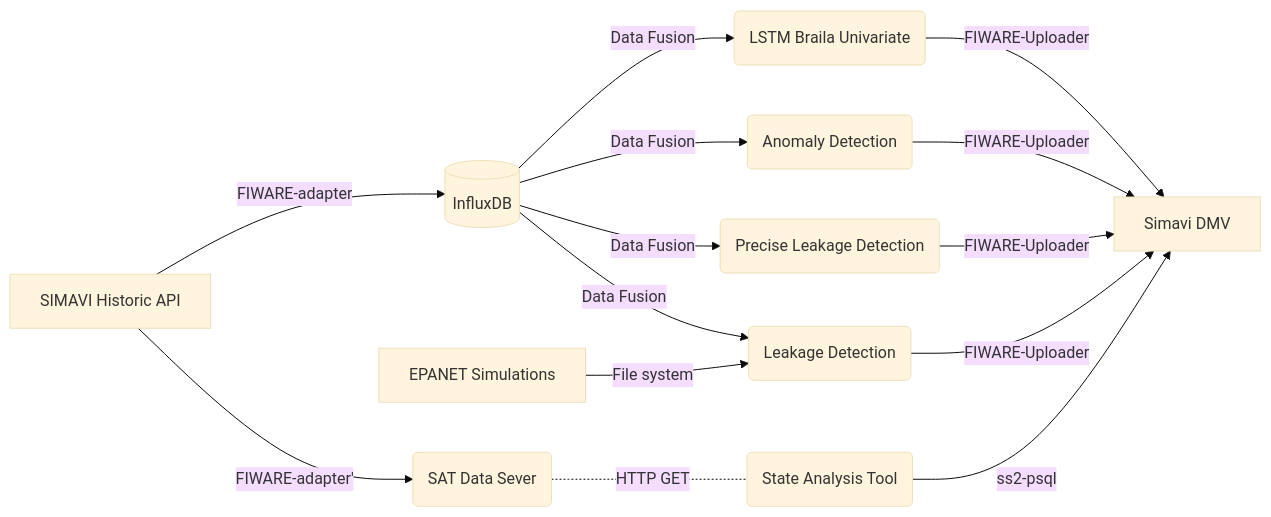
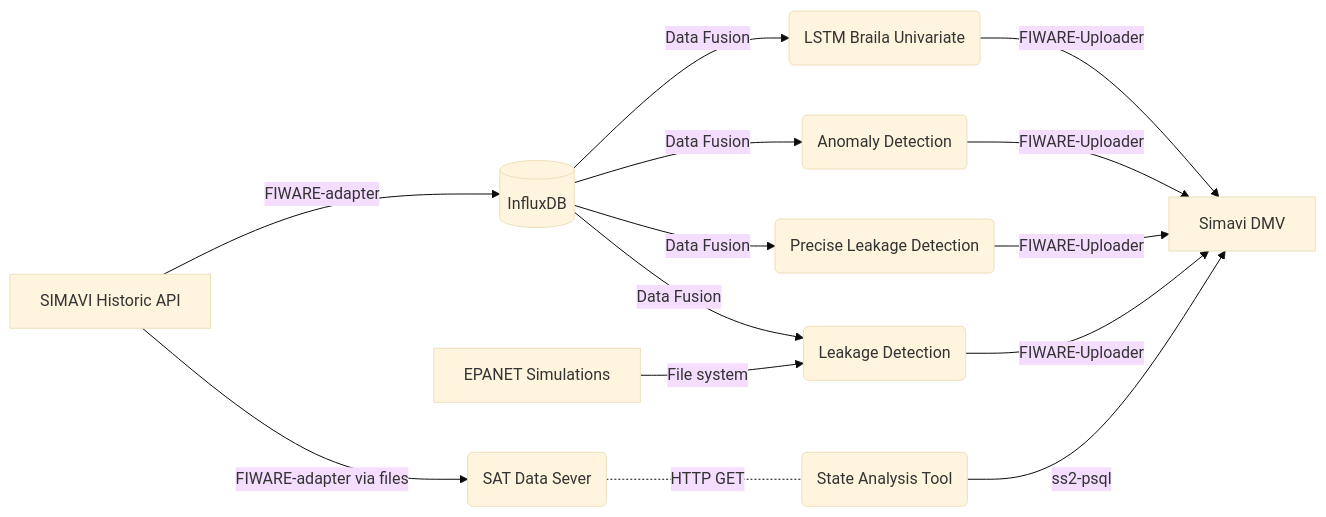
The third of 3 diagrams in README.md (naiades-jsi/documentation), drawn with Mermaid (base theme) before and after one commit. The commit also changed other lines of this file, not shown here.

````diff
--- a/README.md
+++ b/README.md
@@ -164,16 +222,16 @@
 ```mermaid
 graph LR
     A[SIMAVI Historic API] --> |FIWARE-adapter| B[(InfluxDB)]
     G[EPANET Simulations] --> |File system| E
     B --> |Data Fusion| C(LSTM Braila Univariate)
     B --> |Data Fusion| D(Anomaly Detection)
     B --> |Data Fusion| F(Precise Leakage Detection)
     B --> |Data Fusion| E(Leakage Detection)
-    A --> |FIWARE-adapter'| H1(SAT Data Sever)
+    A --> |FIWARE-adapter via files| H1(SAT Data Sever)
     H1 -.- |HTTP GET| H(State Analysis Tool)
     C --> |FIWARE-Uploader| X[Simavi DMV]
     D --> |FIWARE-Uploader| X
     E --> |FIWARE-Uploader| X
     H --> |ss2-psql| X
     F --> |FIWARE-Uploader| X
 ```
````
